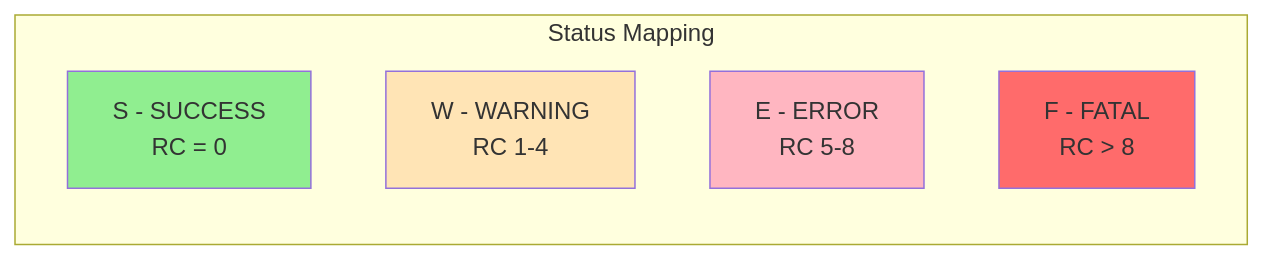
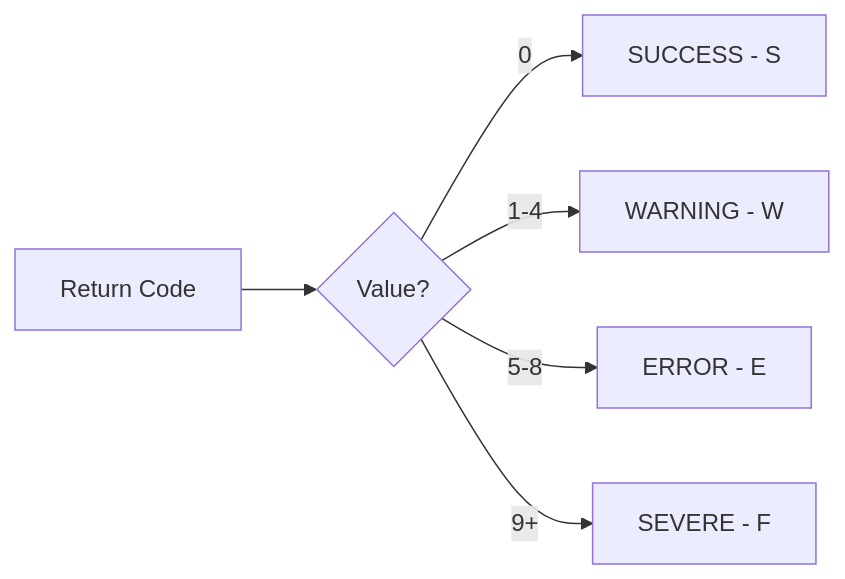
Before and after one commit to haladir-com/legacy-benchmark-docs-vb70e1: the second of 2 diagrams in docs/copybooks/RTNCODE.mdx, drawn with Mermaid. The commit also changed other lines of this file and 63 other files, not shown here.

````diff
--- a/docs/copybooks/RTNCODE.mdx
+++ b/docs/copybooks/RTNCODE.mdx
@@ -107,14 +340,8 @@
 ```mermaid
 graph LR
-    subgraph "Status Mapping"
-        S["S - SUCCESS<br/>RC = 0"]
-        W["W - WARNING<br/>RC 1-4"]
-        E["E - ERROR<br/>RC 5-8"]
-        F["F - FATAL<br/>RC > 8"]
-    end
-    
-    style S fill:#90EE90
-    style W fill:#FFE4B5
-    style E fill:#FFB6C1
-    style F fill:#FF6B6B
+    A[Return Code] --> B{Value?}
+    B -->|0| C[SUCCESS - S]
+    B -->|1-4| D[WARNING - W]
+    B -->|5-8| E[ERROR - E]
+    B -->|9+| F[SEVERE - F]
 ```
````
